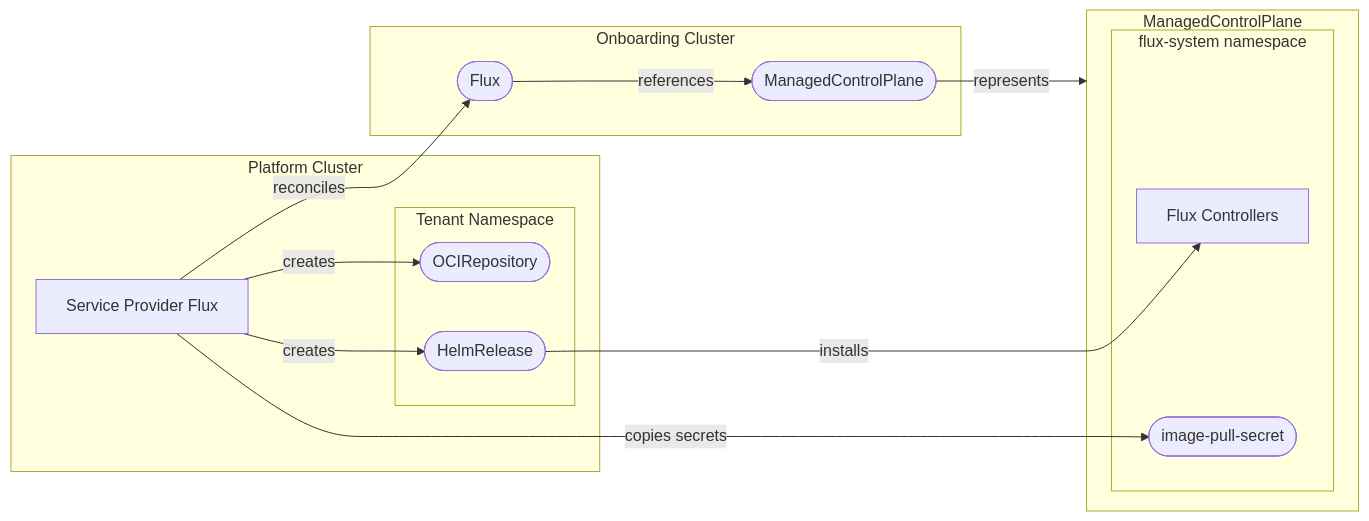
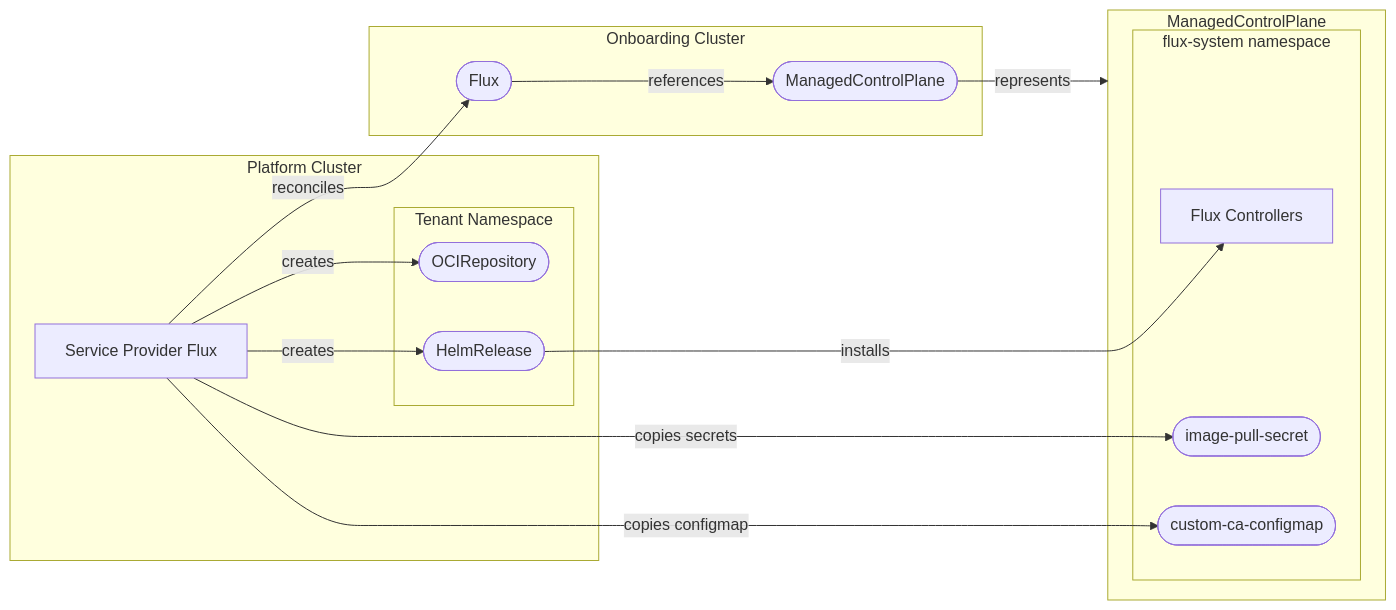
The diagram in README.md (openmcp-project/service-provider-flux), drawn with Mermaid before and after one commit. The commit also changed other lines of this file and 17 other files, not shown here.

````diff
--- a/README.md
+++ b/README.md
@@ -18,32 +18,34 @@
 ```mermaid
 flowchart LR
 
   subgraph PC[Platform Cluster]
     spflux[Service Provider Flux]
     subgraph TN[Tenant Namespace]
       ocirepo([OCIRepository])
       helmrel([HelmRelease])
     end
   end
 
   subgraph OC[Onboarding Cluster]
     fluxapi([Flux])
     mcpapi([ManagedControlPlane])
 
     fluxapi -- references --> mcpapi
   end
 
   subgraph mcp[ManagedControlPlane]
     subgraph FS[flux-system namespace]
       fluxctrl[Flux Controllers]
       pullsecret([image-pull-secret])
+      caconfigmap([custom-ca-configmap])
     end
   end
 
   spflux -- reconciles --> fluxapi
   spflux -- creates --> ocirepo
   spflux -- creates --> helmrel
   helmrel -- installs --> fluxctrl
   spflux -- copies secrets --> pullsecret
+  spflux -- copies configmap --> caconfigmap
   mcpapi -- represents --> mcp
 ```
````
